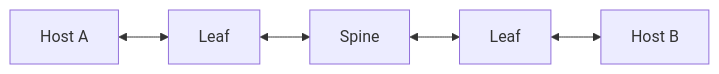
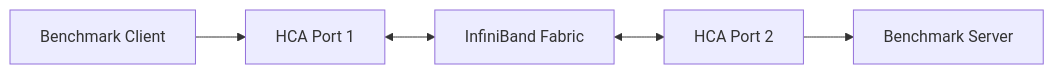
One commit to jithinpnjm/nvidia-devops changed the diagram in docs/nvidia-zero-to-hero/volume-08/labs/lab-02-benchmark-infiniband-bandwidth-and-latency.md. Above: the diagram before and after it, drawn with Mermaid. The commit also changed other lines of this file and 11 other files, not shown here.

````diff
--- a/docs/nvidia-zero-to-hero/volume-08/labs/lab-02-benchmark-infiniband-bandwidth-and-latency.md
+++ b/docs/nvidia-zero-to-hero/volume-08/labs/lab-02-benchmark-infiniband-bandwidth-and-latency.md
@@ -31,7 +40,10 @@
 ```mermaid
 flowchart LR
-    A[Host A] <--> L1[Leaf]
-    L1 <--> S[Spine]
-    S <--> L2[Leaf]
-    L2 <--> B[Host B]
+    Client[Benchmark Client]
+    HCA1[HCA Port 1]
+    Fabric[InfiniBand Fabric]
+    HCA2[HCA Port 2]
+    Server[Benchmark Server]
+
+    Client --> HCA1 <--> Fabric <--> HCA2 --> Server
 ```
````
